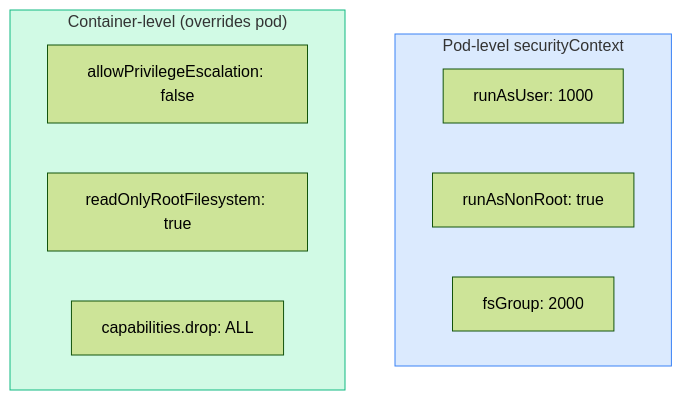
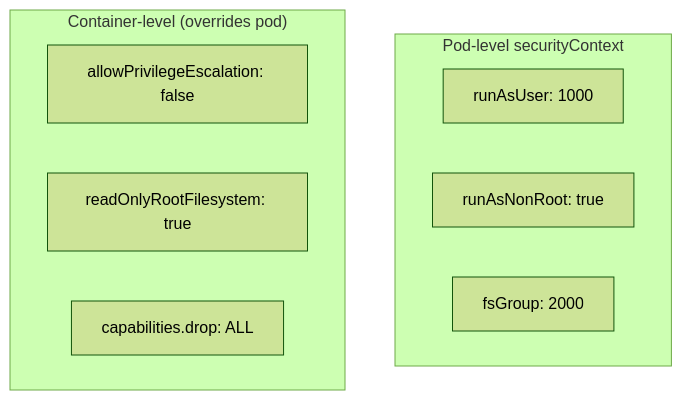
The first of 2 diagrams in content/cka/09-security-rbac-tls-psa-networkpolicy/94-securitycontext-pod-security-admission/94-securitycontext-pod-security-admission.md (Gautam4424/k8slearn-content), drawn with Mermaid (forest theme) before and after one commit. The commit also changed other lines of this file and 40 other files, not shown here.

Commit message:
chore: fix mermaid style regex

````diff
--- a/content/cka/09-security-rbac-tls-psa-networkpolicy/94-securitycontext-pod-security-admission/94-securitycontext-pod-security-admission.md
+++ b/content/cka/09-security-rbac-tls-psa-networkpolicy/94-securitycontext-pod-security-admission/94-securitycontext-pod-security-admission.md
@@ -19,15 +19,13 @@
 ```mermaid
 flowchart TD
     subgraph POD_SC["Pod-level securityContext"]
         P1["runAsUser: 1000"]
         P2["runAsNonRoot: true"]
         P3["fsGroup: 2000"]
     end
     subgraph CTR_SC["Container-level (overrides pod)"]
         C1["allowPrivilegeEscalation: false"]
         C2["readOnlyRootFilesystem: true"]
         C3["capabilities.drop: ALL"]
     end
-    style POD_SC fill:#dbeafe,stroke:#3b82f6
-    style CTR_SC fill:#d1fae5,stroke:#10b981
 ```
````
